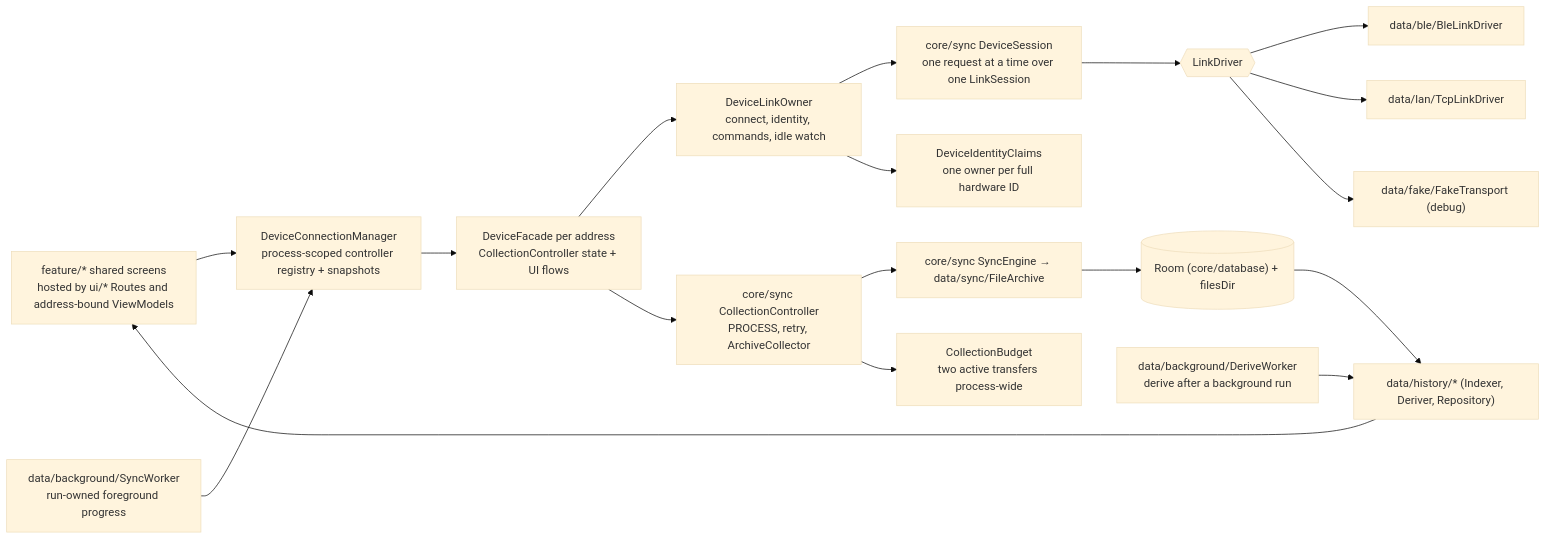
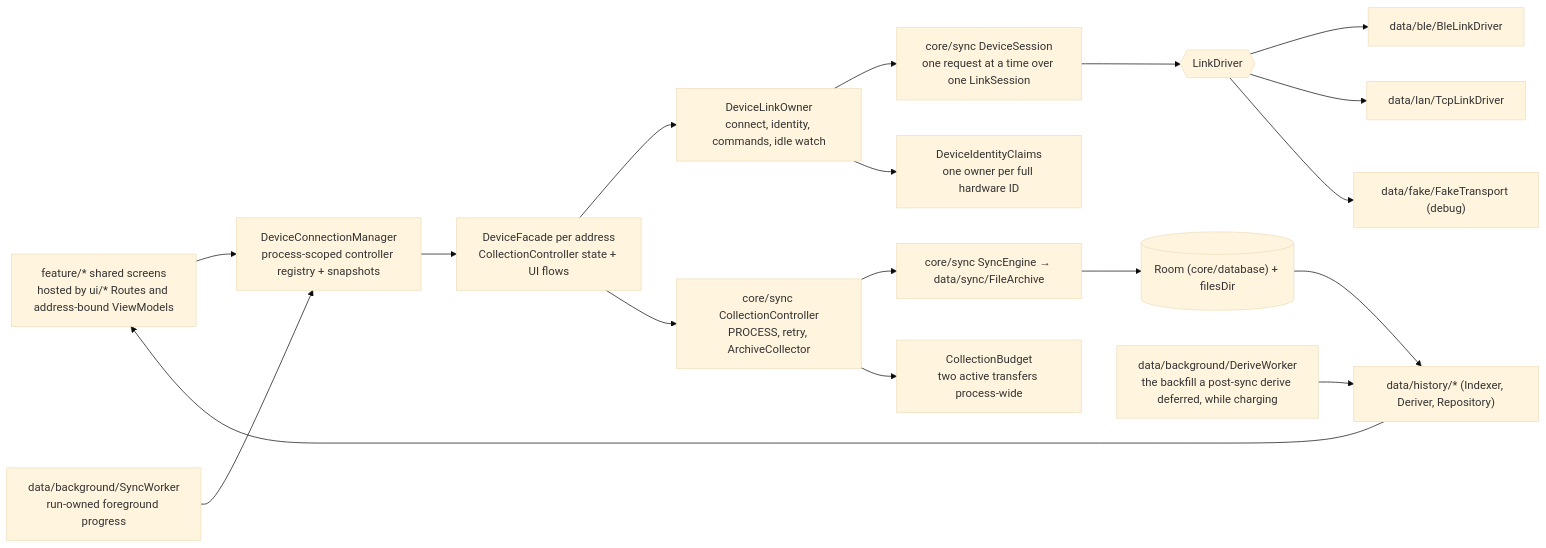
Before and after one commit to walkthru-earth/opensensor-space-mobile: the second of 2 diagrams in docs/architecture.md, drawn with Mermaid (base theme). The commit also changed 13 other files, not shown here.

````diff
--- a/docs/architecture.md
+++ b/docs/architecture.md
@@ -157,20 +157,20 @@
 ```mermaid
 flowchart LR
   UI["feature/* shared screens<br/>hosted by ui/* Routes and address-bound ViewModels"] --> MANAGER["DeviceConnectionManager<br/>process-scoped controller registry + snapshots"]
   MANAGER --> REPO["DeviceFacade per address<br/>CollectionController state + UI flows"]
   REPO --> OWNER["DeviceLinkOwner<br/>connect, identity, commands, idle watch"]
   OWNER --> SESS["core/sync DeviceSession<br/>one request at a time over one LinkSession"]
   SESS --> TR{{"LinkDriver"}}
   TR --> BLE["data/ble/BleLinkDriver"]
   TR --> LAN["data/lan/TcpLinkDriver"]
   TR --> FAKE["data/fake/FakeTransport (debug)"]
   REPO --> COLLECT["core/sync CollectionController<br/>PROCESS, retry, ArchiveCollector"]
   COLLECT --> SYNC["core/sync SyncEngine → data/sync/FileArchive"]
   SYNC --> ROOM[("Room (core/database) + filesDir")]
   ROOM --> HIST["data/history/* (Indexer, Deriver, Repository)"]
   HIST --> UI
   WORK["data/background/SyncWorker<br/>run-owned foreground progress"] --> MANAGER
-  DERIVE["data/background/DeriveWorker<br/>derive after a background run"] --> HIST
+  DERIVE["data/background/DeriveWorker<br/>the backfill a post-sync derive deferred, while charging"] --> HIST
   OWNER --> CLAIM["DeviceIdentityClaims<br/>one owner per full hardware ID"]
   COLLECT --> BUDGET["CollectionBudget<br/>two active transfers process-wide"]
 ```
````
